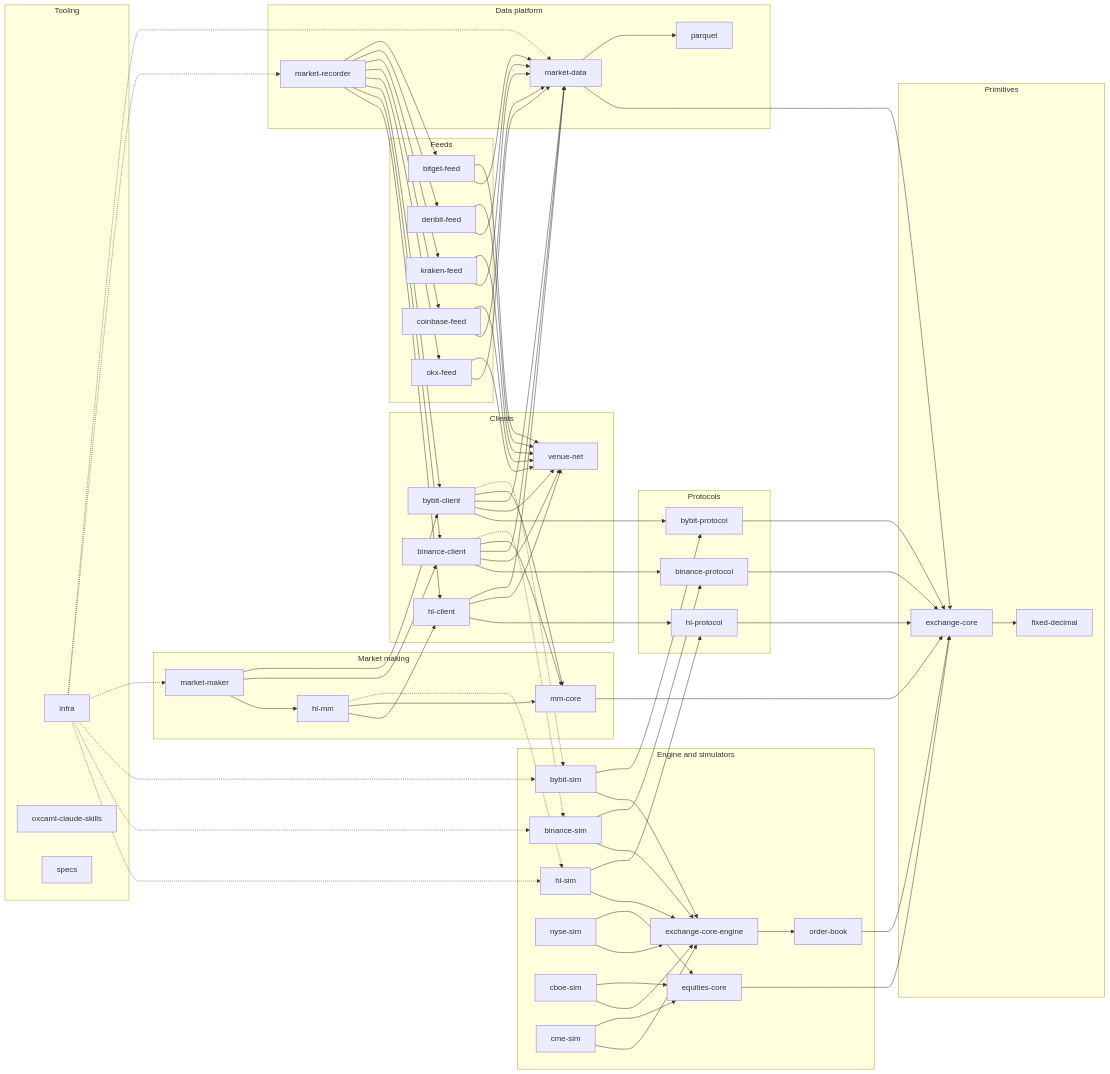
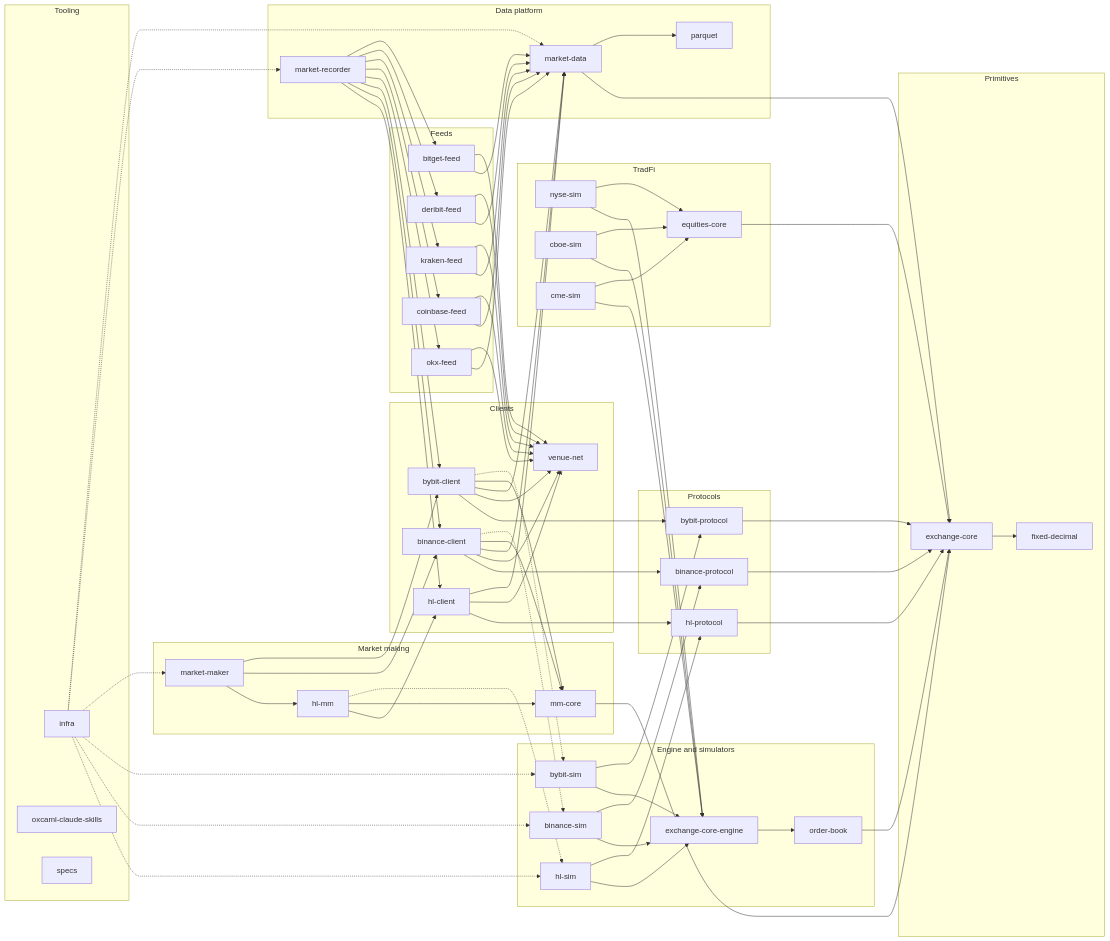
Before and after one commit to winterchill-trading/specs: the first of 2 diagrams in overview.md, drawn with Mermaid. The commit also changed other lines of this file, not shown here.

Commit message:
docs: TradFi layer in the overview diagrams

```diff
--- a/overview.md
+++ b/overview.md
@@ -64,6 +64,8 @@
     hl_sim["hl-sim"]
     binance_sim["binance-sim"]
     bybit_sim["bybit-sim"]
+  end
+  subgraph tradfi["TradFi"]
     equities_core["equities-core"]
     nyse_sim["nyse-sim"]
     cboe_sim["cboe-sim"]
```
